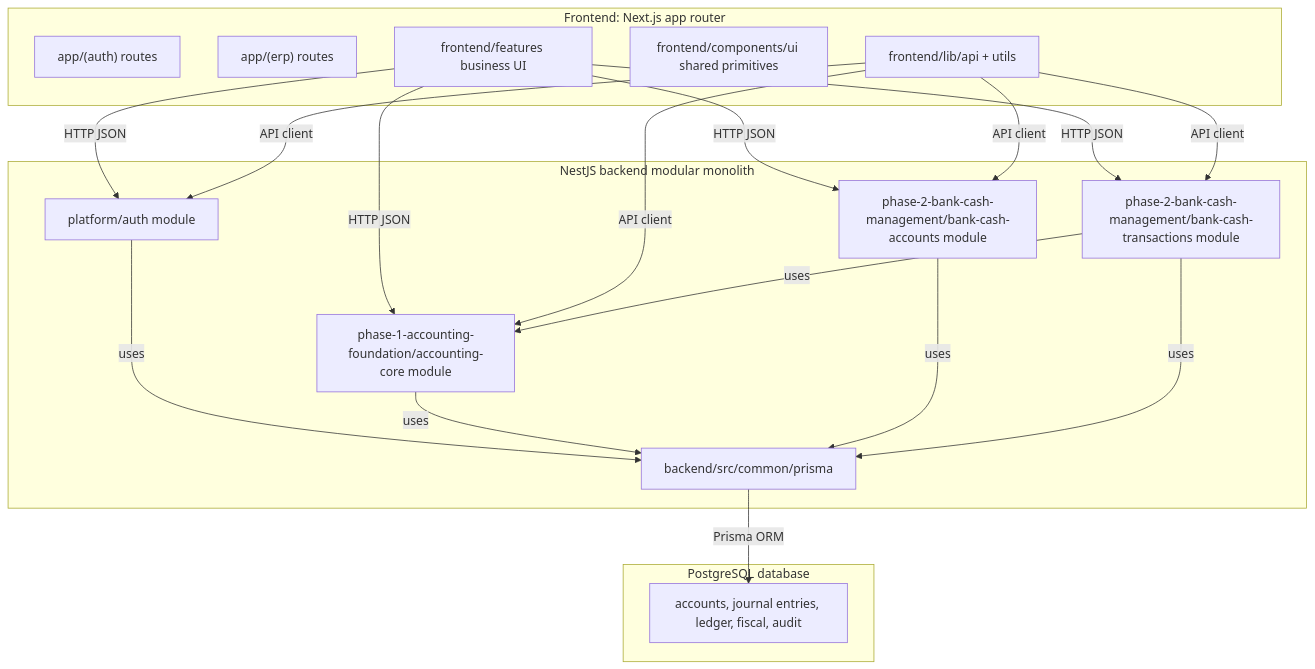
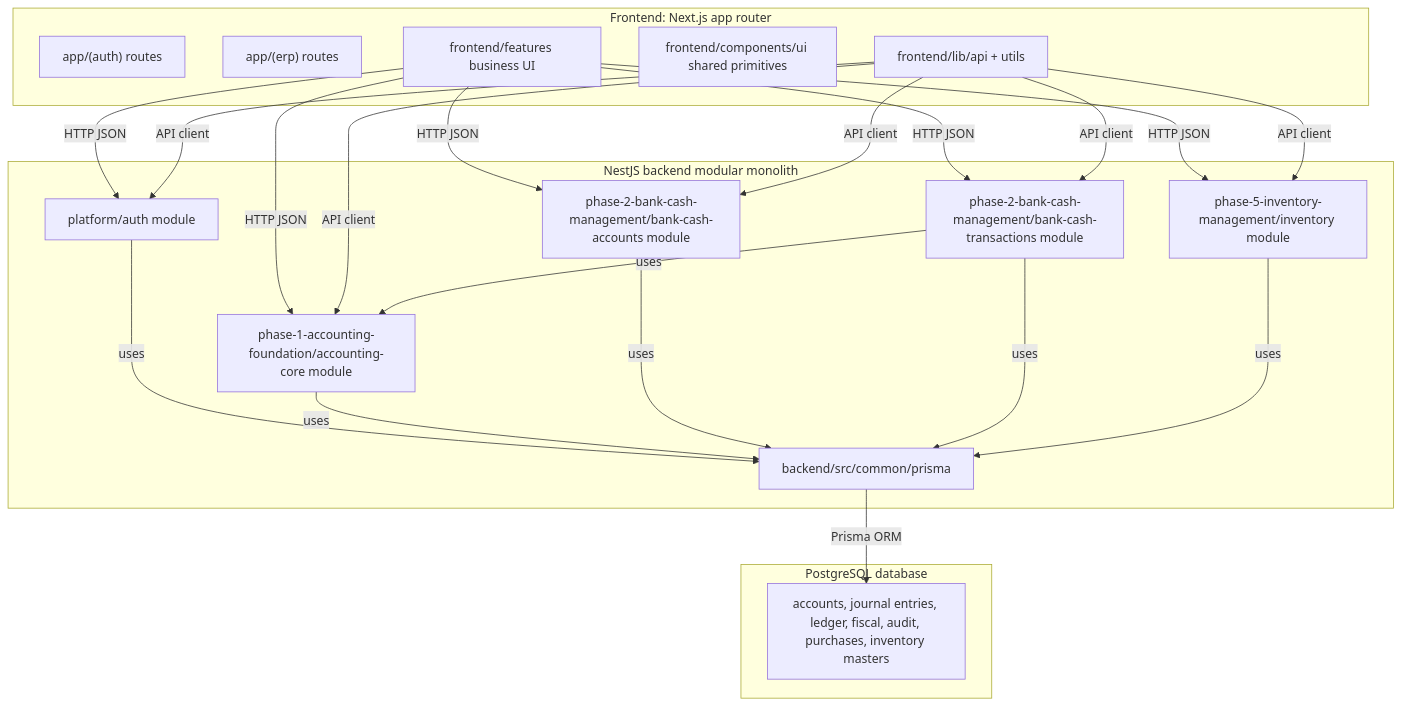
Before and after one commit to Abdalrhman-zadain/simple-account: the first of 3 diagrams in docs/system-structure-report.md, drawn with Mermaid. The commit also changed other lines of this file and 69 other files, not shown here.

````diff
--- a/docs/system-structure-report.md
+++ b/docs/system-structure-report.md
@@ -48,37 +49,41 @@
 ```mermaid
 flowchart TB
   subgraph Frontend["Frontend: Next.js app router"]
     A1["app/(auth) routes"]
     A2["app/(erp) routes"]
     A3["frontend/features business UI"]
     A4["frontend/components/ui shared primitives"]
     A5["frontend/lib/api + utils"]
   end
 
   subgraph Backend["NestJS backend modular monolith"]
     B1["platform/auth module"]
     B2["phase-1-accounting-foundation/accounting-core module"]
     B4["phase-2-bank-cash-management/bank-cash-accounts module"]
     B5["phase-2-bank-cash-management/bank-cash-transactions module"]
+    B6["phase-5-inventory-management/inventory module"]
     B3["backend/src/common/prisma"]
   end
 
   subgraph Database["PostgreSQL database"]
-    C1["accounts, journal entries, ledger, fiscal, audit"]
+    C1["accounts, journal entries, ledger, fiscal, audit, purchases, inventory masters"]
   end
 
   A3 -->|HTTP JSON| B1
   A3 -->|HTTP JSON| B2
   A3 -->|HTTP JSON| B4
   A3 -->|HTTP JSON| B5
+  A3 -->|HTTP JSON| B6
   A5 -->|API client| B1
   A5 -->|API client| B2
   A5 -->|API client| B4
   A5 -->|API client| B5
+  A5 -->|API client| B6
   B1 -->|uses| B3
   B2 -->|uses| B3
   B4 -->|uses| B3
   B5 -->|uses| B2
   B5 -->|uses| B3
+  B6 -->|uses| B3
   B3 -->|Prisma ORM| C1
 ```
````
